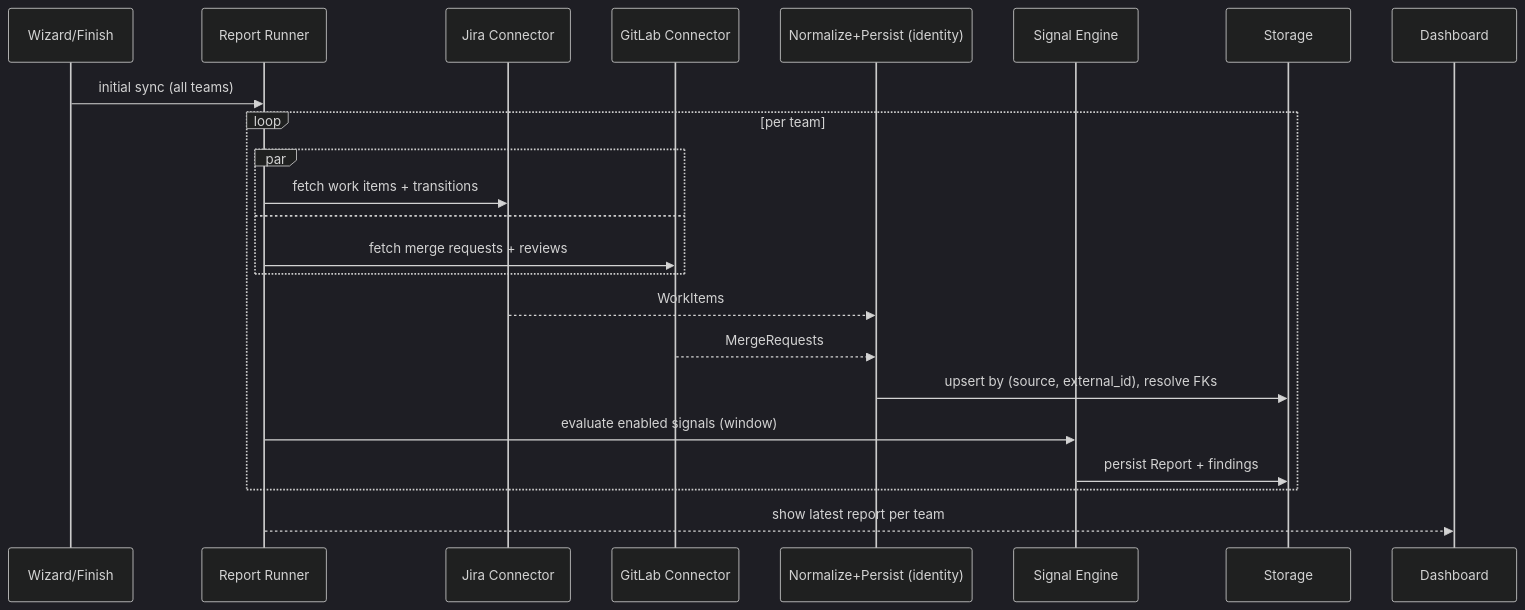
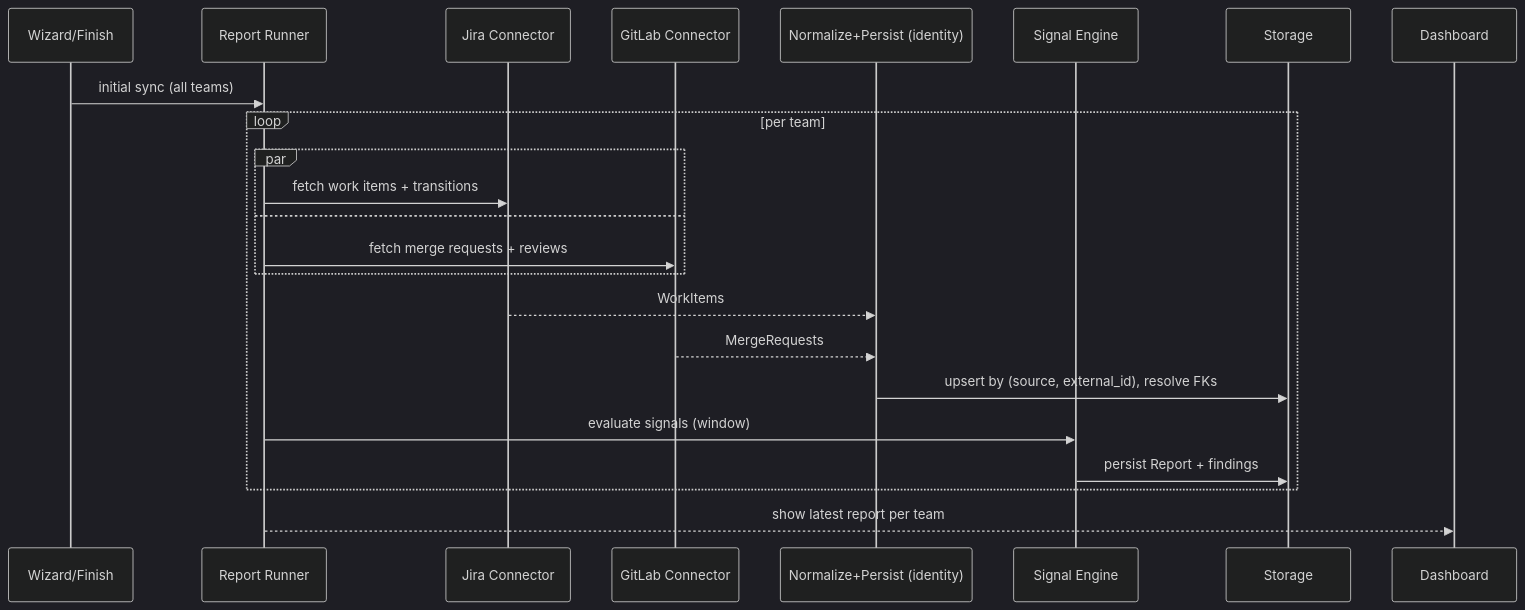
One commit to serdartas/em-radar changed the fifth of 5 diagrams in docs/09-functional-flows.md. Above: the diagram before and after it, drawn with Mermaid (dark theme). The commit also changed other lines of this file and 76 other files, not shown here.

````diff
--- a/docs/09-functional-flows.md
+++ b/docs/09-functional-flows.md
@@ -301,26 +301,26 @@
 ```mermaid
 sequenceDiagram
     participant W as Wizard/Finish
     participant R as Report Runner
     participant J as Jira Connector
     participant G as GitLab Connector
     participant N as Normalize+Persist (identity)
     participant E as Signal Engine
     participant DB as Storage
     participant D as Dashboard
 
     W->>R: initial sync (all teams)
     loop per team
         par
             R->>J: fetch work items + transitions
         and
             R->>G: fetch merge requests + reviews
         end
         J-->>N: WorkItems
         G-->>N: MergeRequests
         N->>DB: upsert by (source, external_id), resolve FKs
-        R->>E: evaluate enabled signals (window)
+        R->>E: evaluate signals (window)
         E->>DB: persist Report + findings
     end
     R-->>D: show latest report per team
 ```
````
